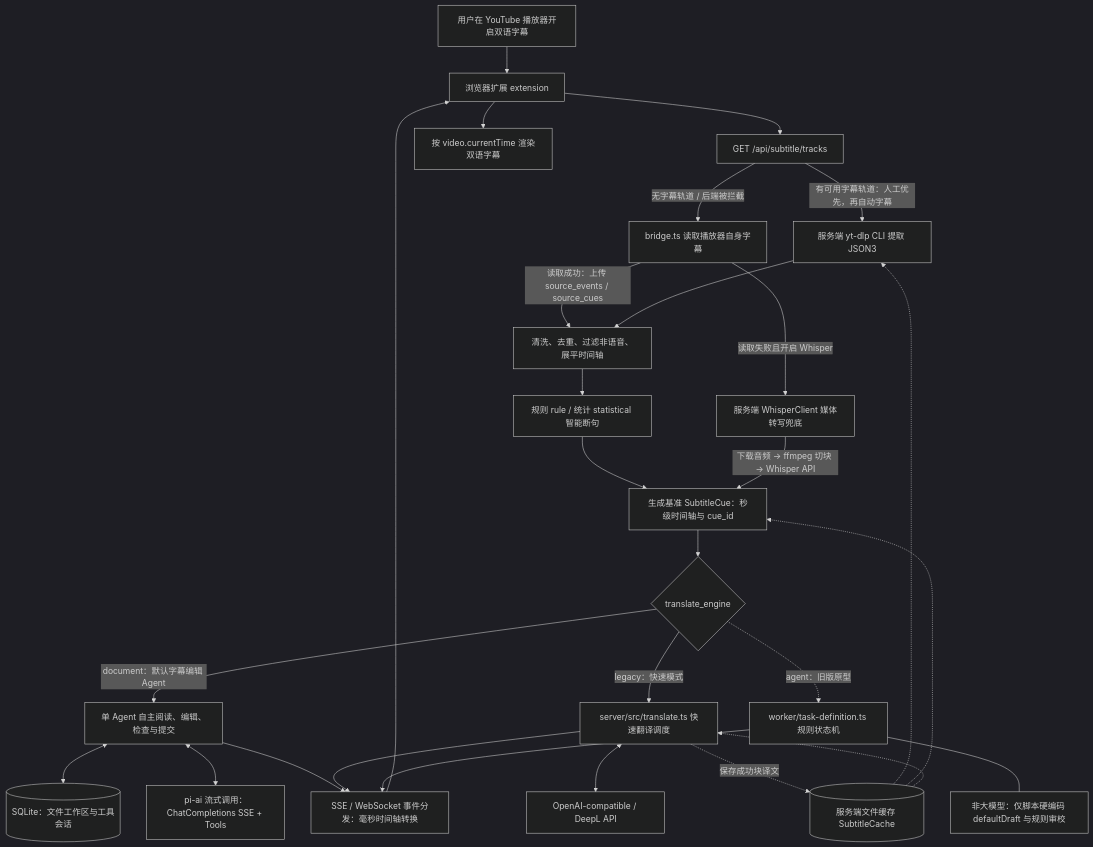
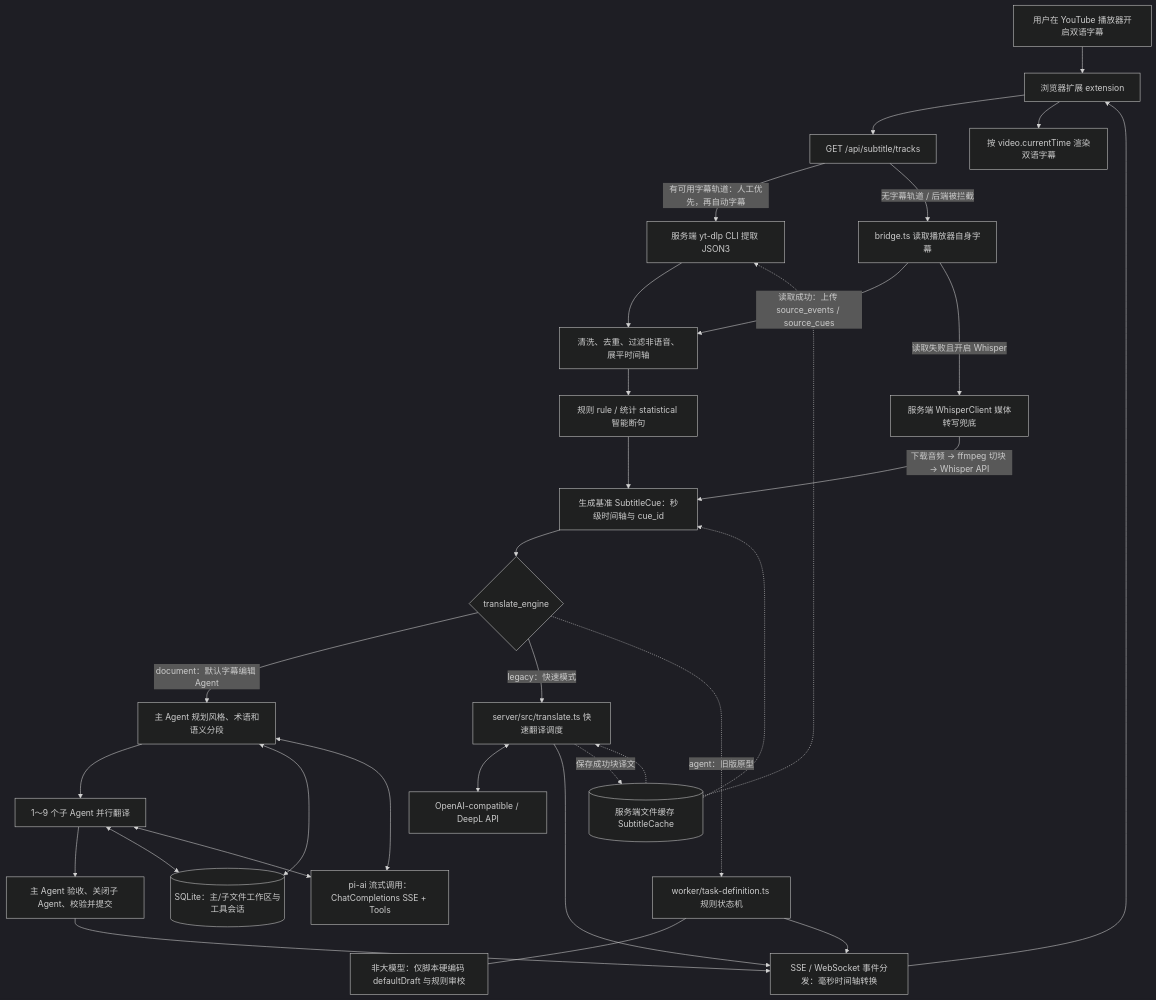
One commit to midastruth/youtube-translator changed the first of 2 diagrams in docs/translation-architecture.md. Above: the diagram before and after it, drawn with Mermaid (dark theme). The commit also changed other lines of this file and 12 other files, not shown here.

````diff
--- a/docs/translation-architecture.md
+++ b/docs/translation-architecture.md
@@ -11,36 +11,40 @@
 ```mermaid
 flowchart TD
     U[用户在 YouTube 播放器开启双语字幕] --> E[浏览器扩展 extension]
     E --> T[GET /api/subtitle/tracks]
     T -->|有可用字幕轨道：人工优先，再自动字幕| Y[服务端 yt-dlp CLI 提取 JSON3]
     T -->|无字幕轨道 / 后端被拦截| B[bridge.ts 读取播放器自身字幕]
     B -->|读取成功：上传 source_events / source_cues| P[清洗、去重、过滤非语音、展平时间轴]
     Y --> P
     P --> S[规则 rule / 统计 statistical 智能断句]
     S --> C[生成基准 SubtitleCue：秒级时间轴与 cue_id]
     B -->|读取失败且开启 Whisper| W[服务端 WhisperClient 媒体转写兜底]
     W -->|下载音频 → ffmpeg 切块 → Whisper API| C
     
     C --> Q{translate_engine}
     
-    Q -->|document：默认字幕编辑 Agent| DW[单 Agent 自主阅读、编辑、检查与提交]
-    DW <--> DB[(SQLite：文件工作区与工具会话)]
+    Q -->|document：默认字幕编辑 Agent| DW[主 Agent 规划风格、术语和语义分段]
+    DW --> CHILD[1～9 个子 Agent 并行翻译]
+    CHILD --> REVIEW[主 Agent 验收、关闭子 Agent、校验并提交]
+    DW <--> DB[(SQLite：主/子文件工作区与工具会话)]
+    CHILD <--> DB
     DW <--> LLM[pi-ai 流式调用：ChatCompletions SSE + Tools]
+    CHILD <--> LLM
     
     Q -->|legacy：快速模式| L[server/src/translate.ts 快速翻译调度]
     L <--> API[OpenAI-compatible / DeepL API]
     
     Q -.->|agent：旧版原型| AG[worker/task-definition.ts 规则状态机]
     AG --- NOTE[非大模型：仅脚本硬编码 defaultDraft 与规则审校]
     
-    DW --> SSE[SSE / WebSocket 事件分发：毫秒时间轴转换]
+    REVIEW --> SSE[SSE / WebSocket 事件分发：毫秒时间轴转换]
     L --> SSE
     AG --> SSE
     SSE --> E
     E --> R[按 video.currentTime 渲染双语字幕]
     
     FC[(服务端文件缓存 SubtitleCache)] -.-> Y
     FC -.-> C
     FC -.-> L
     L -.->|保存成功块译文| FC
 ```
````
